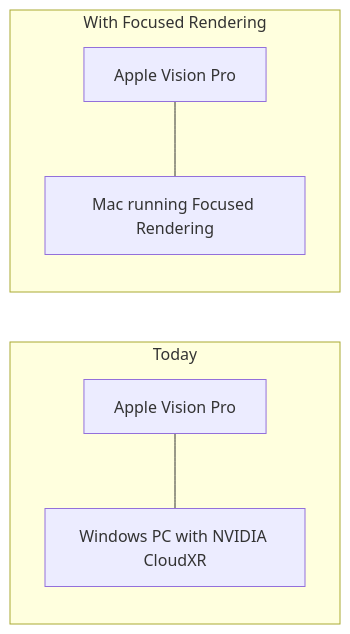
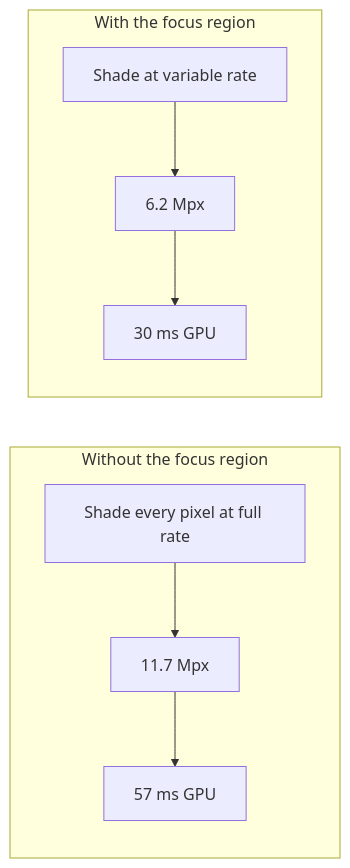
Before and after one commit to Feardarks/FocusedRendering: the first of 2 diagrams in README.md, drawn with Mermaid. The commit also changed other lines of this file and 8 other files, not shown here.

````diff
--- a/README.md
+++ b/README.md
@@ -15,9 +19,9 @@
 ```mermaid
 flowchart LR
-  subgraph s1[Today]
-    V1[Apple Vision Pro] --- W[Windows PC with NVIDIA CloudXR]
+  subgraph s1[Without the focus region]
+    A1[Shade every pixel at full rate] --> A2[11.7 Mpx] --> A3[57 ms GPU]
   end
-  subgraph s2[With Focused Rendering]
-    V2[Apple Vision Pro] --- M[Mac running Focused Rendering]
+  subgraph s2[With the focus region]
+    B1[Shade at variable rate] --> B2[6.2 Mpx] --> B3[30 ms GPU]
   end
 ```
````
